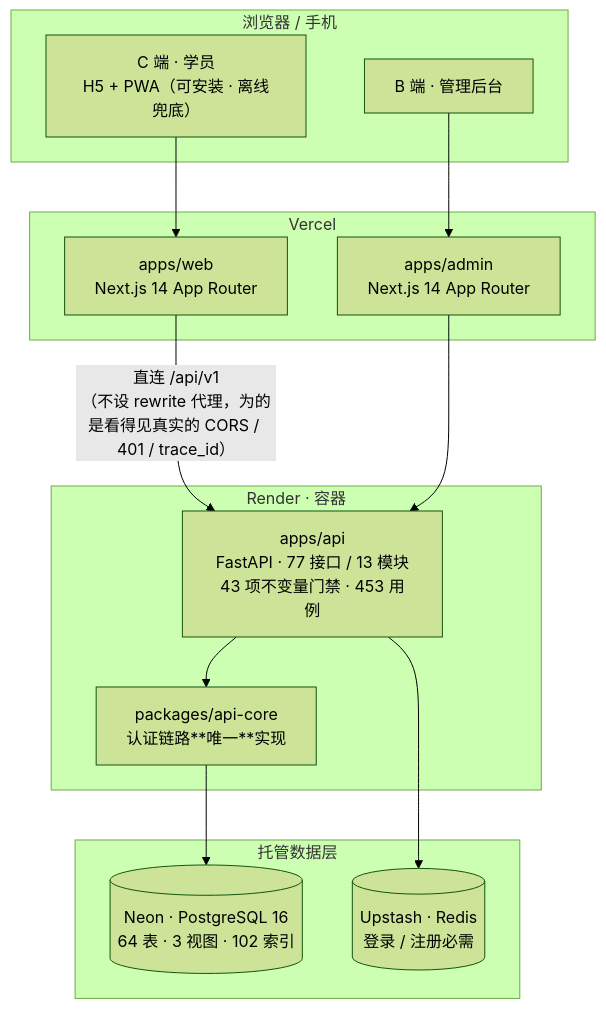
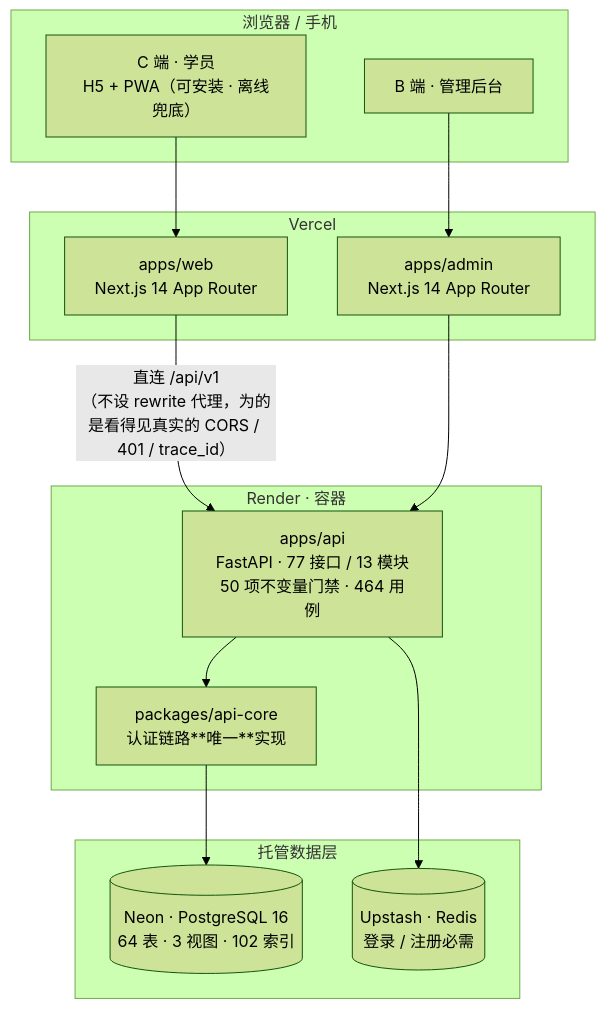
Before and after one commit to windsleep1/yijian-platform: the diagram in README.md, drawn with Mermaid (forest theme). The commit also changed 40 other files, not shown here.

````diff
--- a/README.md
+++ b/README.md
@@ -37,30 +37,30 @@
 ```mermaid
 flowchart TB
     subgraph client["浏览器 / 手机"]
         A["C 端 · 学员<br/>H5 + PWA（可安装 · 离线兜底）"]
         B["B 端 · 管理后台"]
     end
 
     subgraph fe["Vercel"]
         W["apps/web<br/>Next.js 14 App Router"]
         D["apps/admin<br/>Next.js 14 App Router"]
     end
 
     subgraph be["Render · 容器"]
-        API["apps/api<br/>FastAPI · 77 接口 / 13 模块<br/>43 项不变量门禁 · 453 用例"]
+        API["apps/api<br/>FastAPI · 77 接口 / 13 模块<br/>50 项不变量门禁 · 464 用例"]
         CORE["packages/api-core<br/>认证链路**唯一**实现"]
     end
 
     subgraph data["托管数据层"]
         PG[("Neon · PostgreSQL 16<br/>64 表 · 3 视图 · 102 索引")]
         RD[("Upstash · Redis<br/>登录 / 注册必需")]
     end
 
     A --> W
     B --> D
     W -->|"直连 /api/v1<br/>（不设 rewrite 代理，为的是看得见真实的 CORS / 401 / trace_id）"| API
     D --> API
     API --> CORE
     CORE --> PG
     API --> RD
 ```
````
